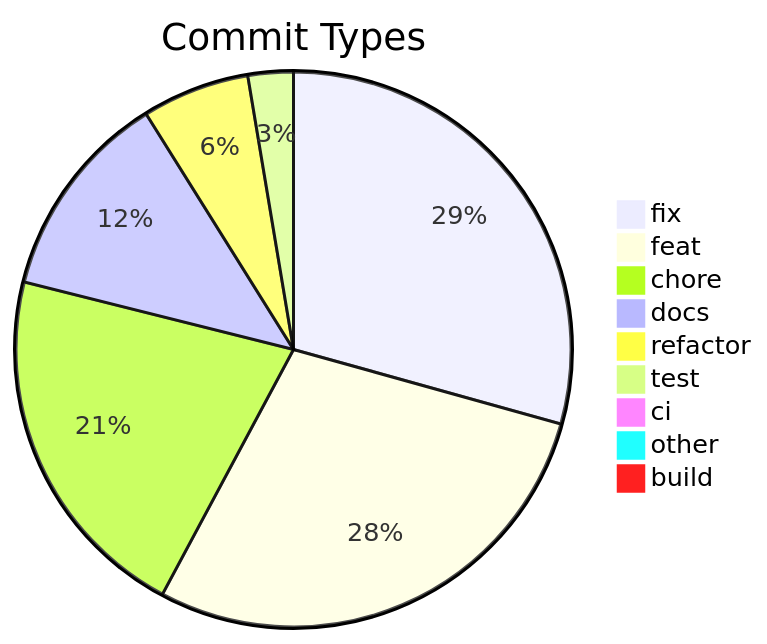
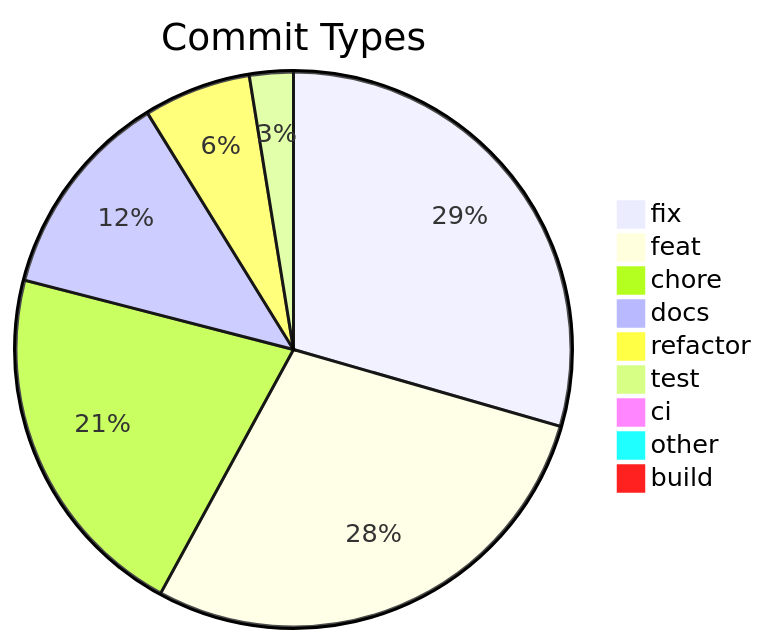
Before and after one commit to svenroth-ai/shipwright: the diagram in .shipwright/compliance/change-history.md, drawn with Mermaid. The commit also changed other lines of this file and 25 other files, not shown here.

````diff
--- a/.shipwright/compliance/change-history.md
+++ b/.shipwright/compliance/change-history.md
@@ -10,12 +10,12 @@
 ```mermaid
 pie title Commit Types
-    "fix" : 356
+    "fix" : 358
     "feat" : 346
     "chore" : 256
     "docs" : 148
     "refactor" : 76
-    "test" : 32
+    "test" : 31
     "ci" : 11
     "other" : 9
     "build" : 1
 ```
````
